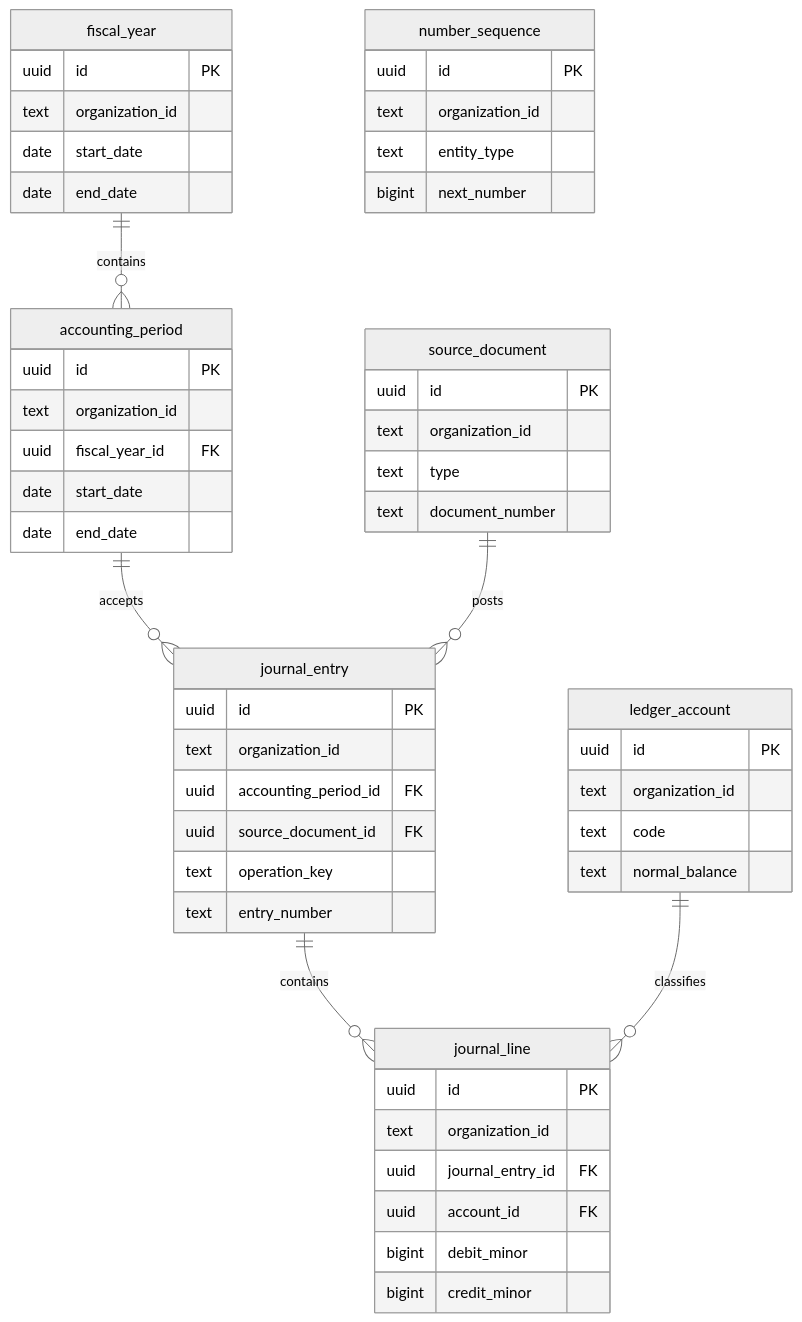
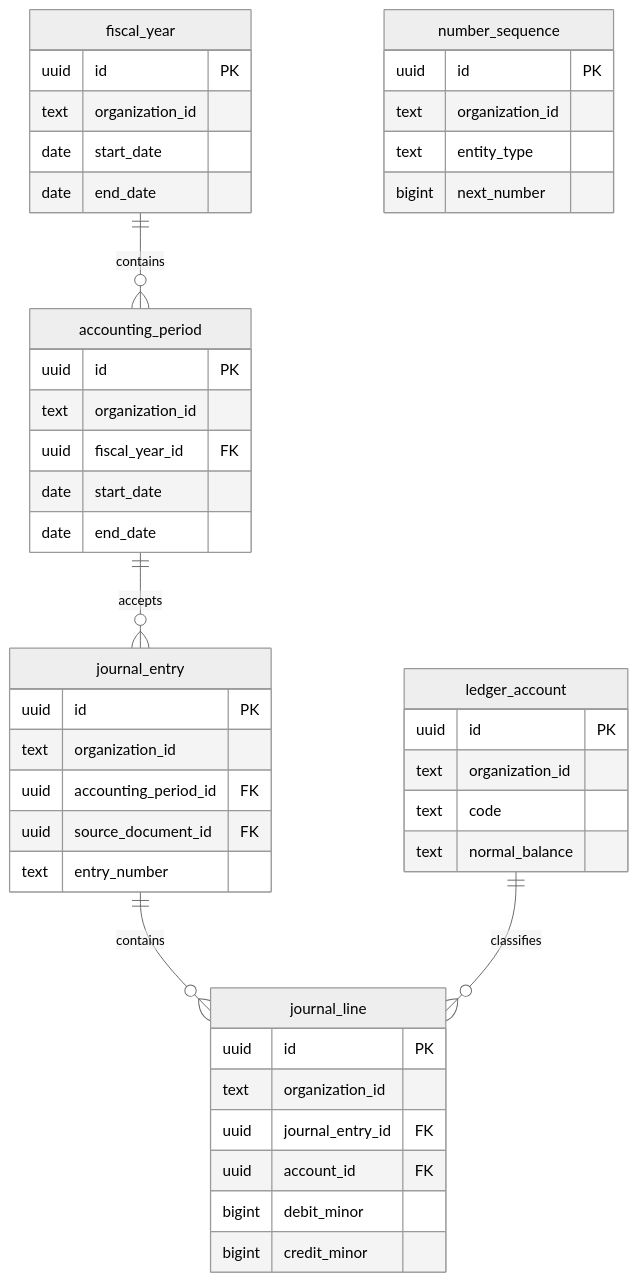
Before and after one commit to isherbuilds/edernal-books: the fourth of 5 diagrams in packages/db/ARCHITECTURE.md, drawn with Mermaid (neutral theme). The commit also changed other lines of this file and 44 other files, not shown here.

````diff
--- a/packages/db/ARCHITECTURE.md
+++ b/packages/db/ARCHITECTURE.md
@@ -129,55 +247,47 @@
 ```mermaid
 erDiagram
   fiscal_year {
     uuid id PK
     text organization_id
     date start_date
     date end_date
   }
   accounting_period {
     uuid id PK
     text organization_id
     uuid fiscal_year_id FK
     date start_date
     date end_date
   }
   ledger_account {
     uuid id PK
     text organization_id
     text code
     text normal_balance
   }
   number_sequence {
     uuid id PK
     text organization_id
     text entity_type
     bigint next_number
   }
-  source_document {
-    uuid id PK
-    text organization_id
-    text type
-    text document_number
-  }
   journal_entry {
     uuid id PK
     text organization_id
     uuid accounting_period_id FK
     uuid source_document_id FK
-    text operation_key
     text entry_number
   }
   journal_line {
     uuid id PK
     text organization_id
     uuid journal_entry_id FK
     uuid account_id FK
     bigint debit_minor
     bigint credit_minor
   }
   fiscal_year ||--o{ accounting_period : contains
   accounting_period ||--o{ journal_entry : accepts
-  source_document ||--o{ journal_entry : posts
   journal_entry ||--o{ journal_line : contains
   ledger_account ||--o{ journal_line : classifies
 ```
````
